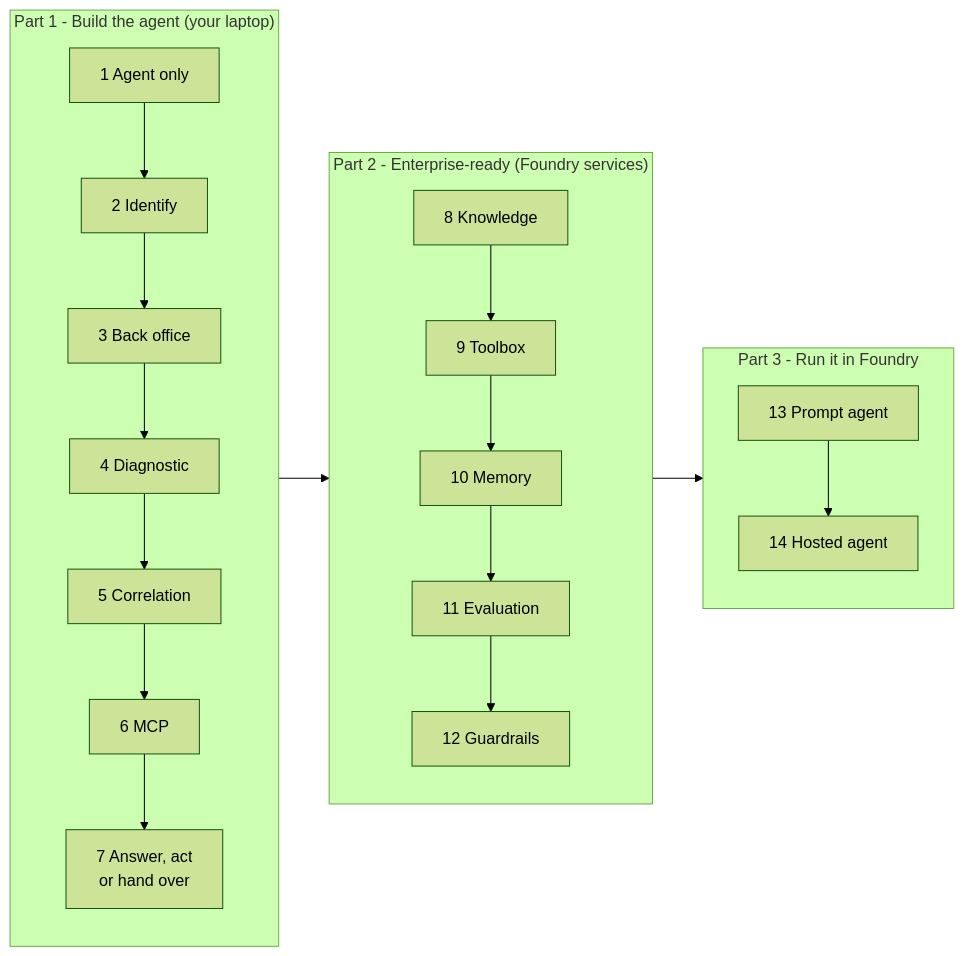
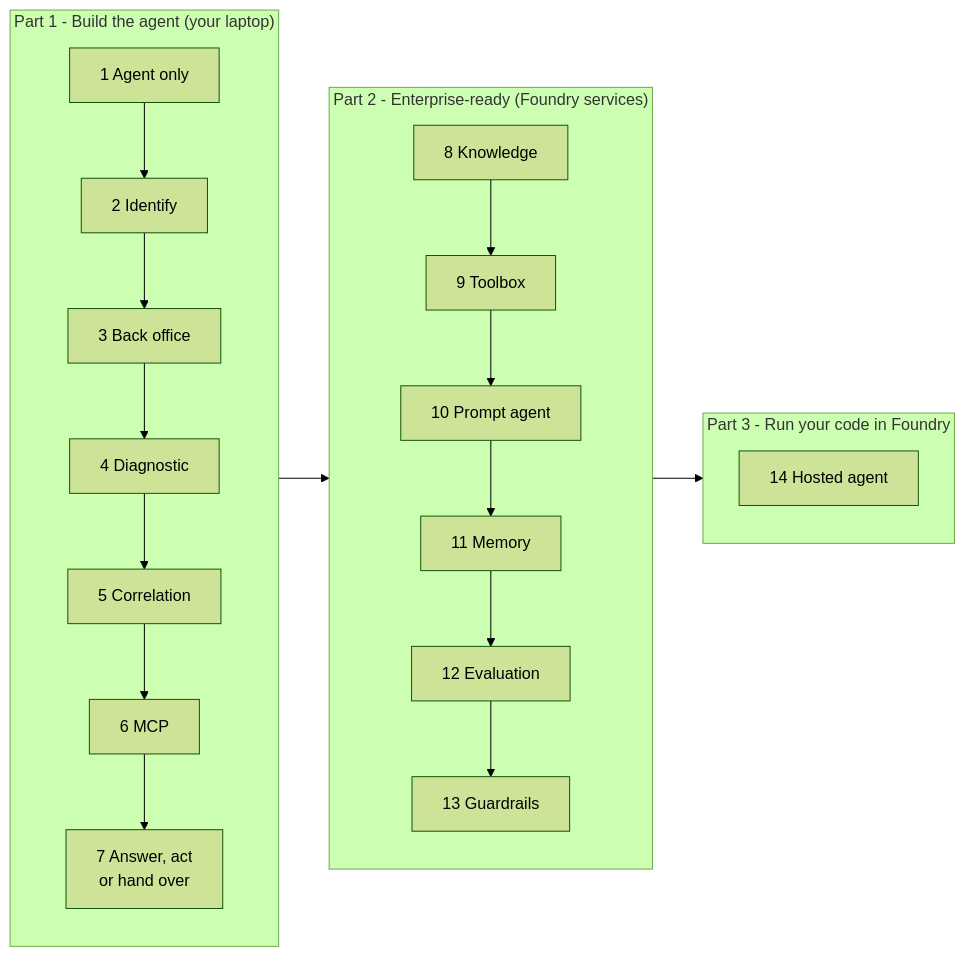
Before and after one commit to jamelachahbar/foundryagents-workshop-supportbuddy: the second of 8 diagrams in docs/workshop.md, drawn with Mermaid (forest theme). The commit also changed other lines of this file and 42 other files, not shown here.

Commit message:
Contact centre with live human handover over AG-UI, prompt agent as Stage 10, renumbered stages 11-13

````diff
--- a/docs/workshop.md
+++ b/docs/workshop.md
@@ -151,17 +152,18 @@
 ```mermaid
 flowchart LR
     subgraph P1["Part 1 - Build the agent (your laptop)"]
         direction TB
         S1[1 Agent only] --> S2[2 Identify] --> S3[3 Back office] --> S4[4 Diagnostic]
         S4 --> S5[5 Correlation] --> S6[6 MCP] --> S7[7 Answer, act<br/>or hand over]
     end
     subgraph P2["Part 2 - Enterprise-ready (Foundry services)"]
         direction TB
-        S8[8 Knowledge] --> S9[9 Toolbox] --> S10[10 Memory] --> S11[11 Evaluation] --> S12[12 Guardrails]
+        S8[8 Knowledge] --> S9[9 Toolbox] --> S10[10 Prompt agent] --> S11[11 Memory]
+        S11 --> S12[12 Evaluation] --> S13[13 Guardrails]
     end
-    subgraph P3["Part 3 - Run it in Foundry"]
+    subgraph P3["Part 3 - Run your code in Foundry"]
         direction TB
-        S13[13 Prompt agent] --> S14[14 Hosted agent]
+        S14[14 Hosted agent]
     end
     P1 --> P2 --> P3
 ```
````
